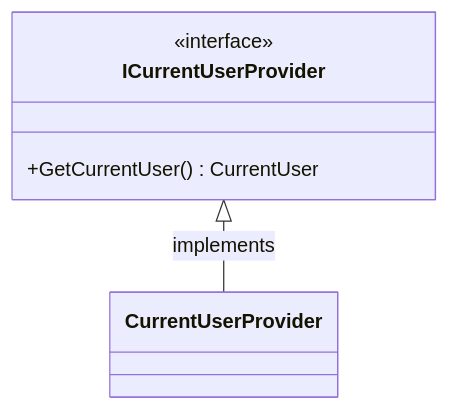
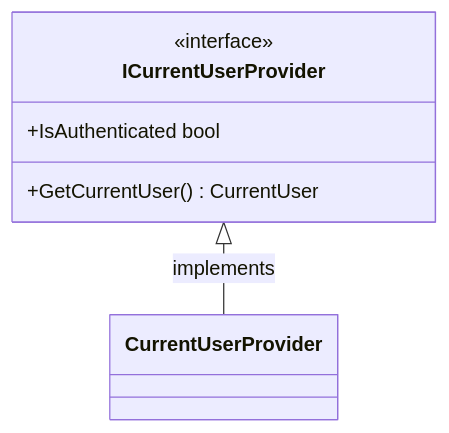
Before and after one commit to snicoper/agenda-manager-docs: the fifth of 8 diagrams in backend/source/Domain/Identity.md, drawn with Mermaid. The commit also changed other lines of this file, not shown here.

````diff
--- a/backend/source/Domain/Identity.md
+++ b/backend/source/Domain/Identity.md
@@ -110,9 +123,11 @@
 ```mermaid
 classDiagram
     class ICurrentUserProvider{
         <<interface>>
+        +IsAuthenticated bool
+
         +GetCurrentUser() CurrentUser
     }
 
     ICurrentUserProvider <|-- CurrentUserProvider : implements
 ```
````
